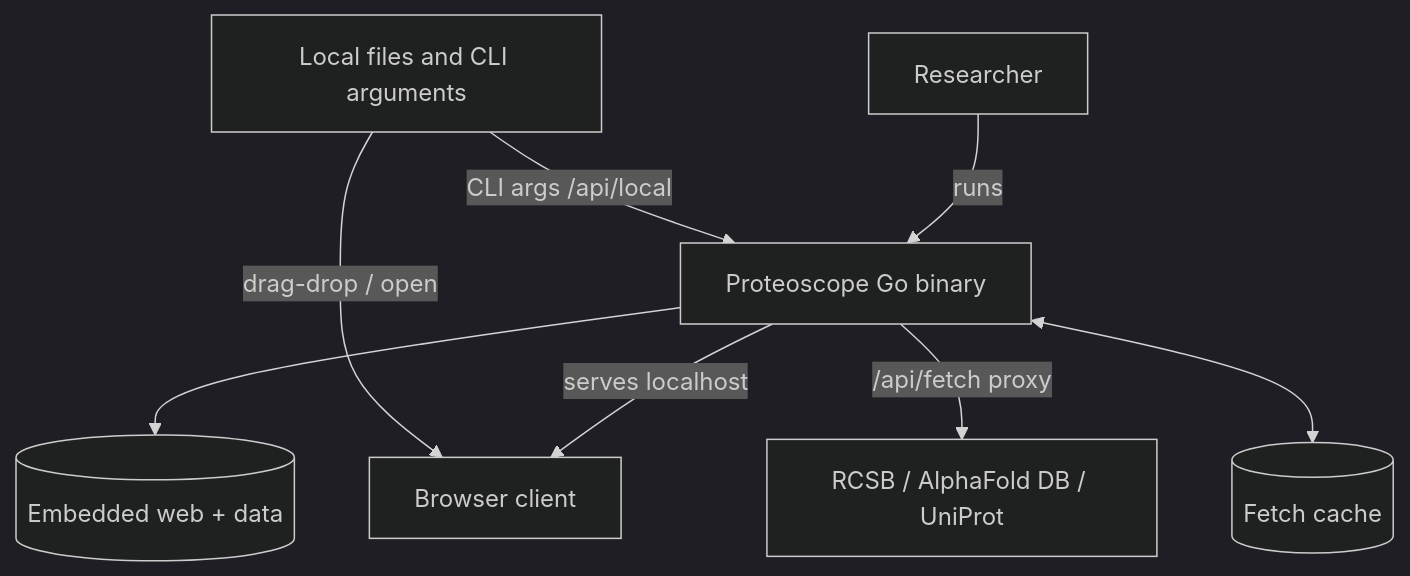
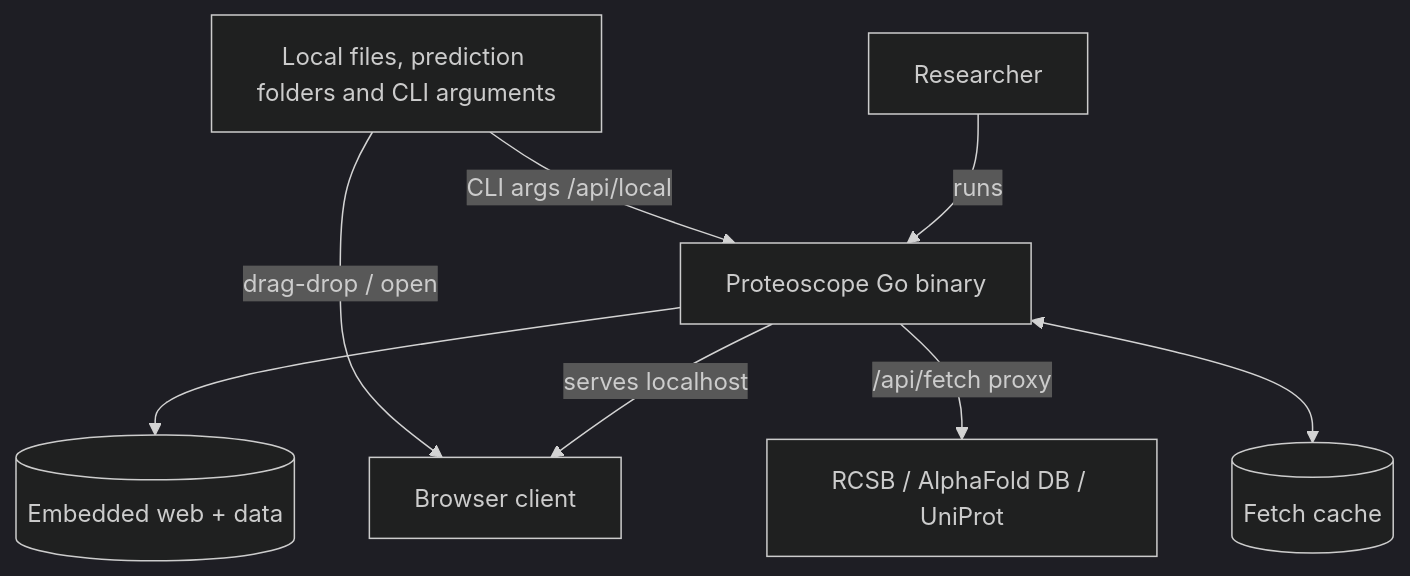
One commit to robert-mcdermott/proteoscope changed the first of 3 diagrams in proteoscope-spec/design.md. Above: the diagram before and after it, drawn with Mermaid (dark theme). The commit also changed other lines of this file and 38 other files, not shown here.

````diff
--- a/proteoscope-spec/design.md
+++ b/proteoscope-spec/design.md
@@ -41,18 +41,18 @@
 ```mermaid
 graph TB
     User[Researcher]
     Binary[Proteoscope Go binary]
     Browser[Browser client]
     Embed[(Embedded web + data)]
     Cache[(Fetch cache)]
     Remote[RCSB / AlphaFold DB / UniProt]
-    Local[Local files and CLI arguments]
+    Local[Local files, prediction folders and CLI arguments]
 
     User -->|runs| Binary
     Binary -->|serves localhost| Browser
     Binary --> Embed
     Binary -->|/api/fetch proxy| Remote
     Binary <--> Cache
     Local -->|drag-drop / open| Browser
     Local -->|CLI args /api/local| Binary
 ```
````
